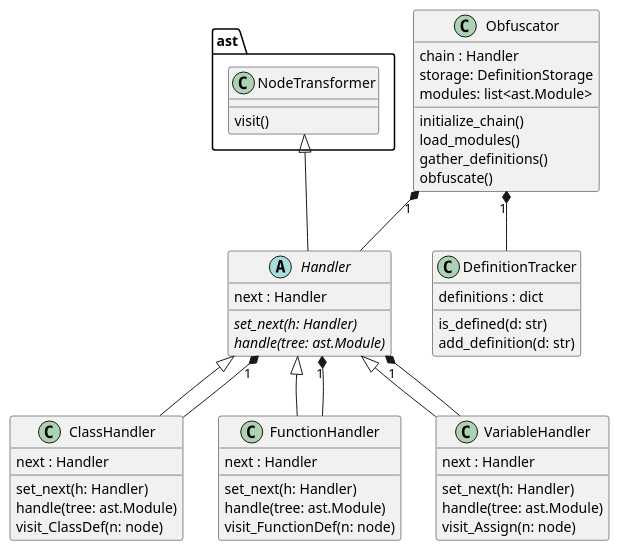
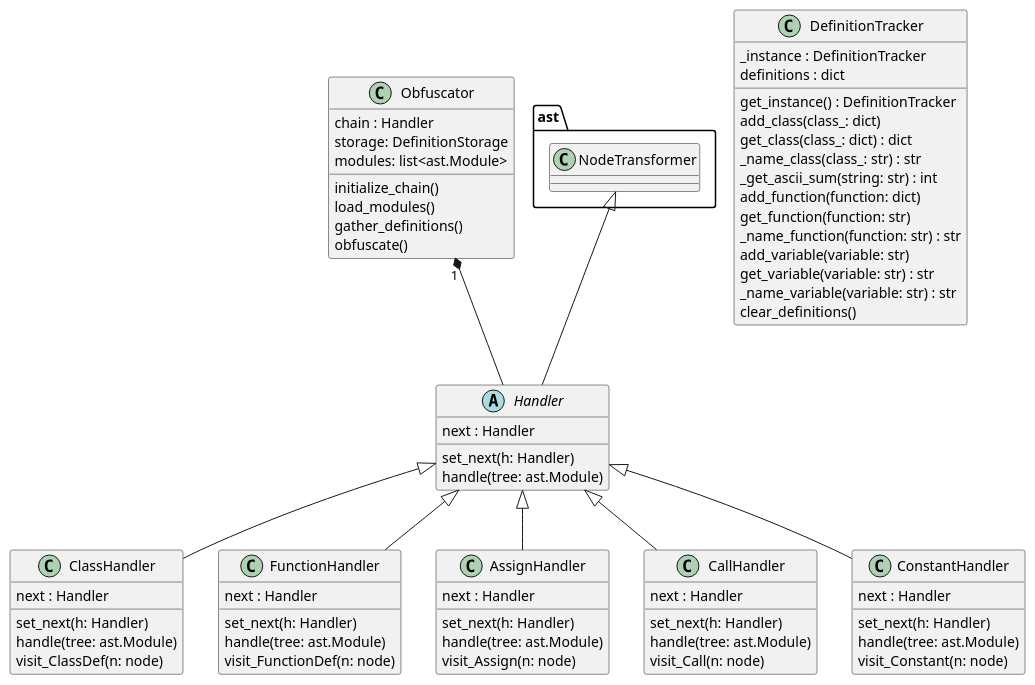
Before and after one commit to DrewTChrist/obscurepy: the diagram in plantuml/class_diagram.puml, drawn with PlantUML. The commit also changed 3 other files, not shown here.

Commit message:
Updated diagrams and exported their pngs

```diff
--- a/plantuml/class_diagram.puml
+++ b/plantuml/class_diagram.puml
@@ -1,57 +1,79 @@
 @startuml
 class ast.NodeTransformer {
-    visit()
 }
 
 abstract class Handler {
     next : Handler
-    {abstract} set_next(h: Handler)
-    {abstract} handle(tree: ast.Module)
+    set_next(h: Handler)
+    handle(tree: ast.Module)
 }
 class ClassHandler {
     next : Handler
     set_next(h: Handler)
     handle(tree: ast.Module)
     visit_ClassDef(n: node)
 }
 
 class FunctionHandler {
     next : Handler
     set_next(h: Handler)
     handle(tree: ast.Module)
     visit_FunctionDef(n: node)
 }
 
-class VariableHandler{
+class AssignHandler {
     next : Handler
     set_next(h: Handler)
     handle(tree: ast.Module)
     visit_Assign(n: node)
+}
+
+class CallHandler {
+    next : Handler
+    set_next(h: Handler)
+    handle(tree: ast.Module)
+    visit_Call(n: node)
+}
+
+class ConstantHandler {
+    next : Handler
+    set_next(h: Handler)
+    handle(tree: ast.Module)
+    visit_Constant(n: node)
 }
 
 class Obfuscator {
     chain : Handler
     storage: DefinitionStorage
     modules: list<ast.Module>
     initialize_chain()
     load_modules()
     gather_definitions()
     obfuscate()
 }
 
 class DefinitionTracker {
+    _instance : DefinitionTracker
     definitions : dict
-    is_defined(d: str)
-    add_definition(d: str)
+    get_instance() : DefinitionTracker
+    add_class(class_: dict)
+    get_class(class_: dict) : dict
+    _name_class(class_: str) : str
+    _get_ascii_sum(string: str) : int
+    add_function(function: dict)
+    get_function(function: str)
+    _name_function(function: str) : str
+    add_variable(variable: str)
+    get_variable(variable: str) : str
+    _name_variable(variable: str) : str
+    clear_definitions()
 }
 
 ast.NodeTransformer <|-- Handler
 Handler <|-- ClassHandler
-Handler "1" *-- ClassHandler
 Handler <|-- FunctionHandler
-Handler "1" *-- FunctionHandler
-Handler <|-- VariableHandler
-Handler "1" *-- VariableHandler
-Obfuscator "1" *-- DefinitionTracker
+Handler <|-- AssignHandler
+Handler <|-- CallHandler
+Handler <|-- ConstantHandler
 Obfuscator "1" *-- Handler
 @enduml
```
